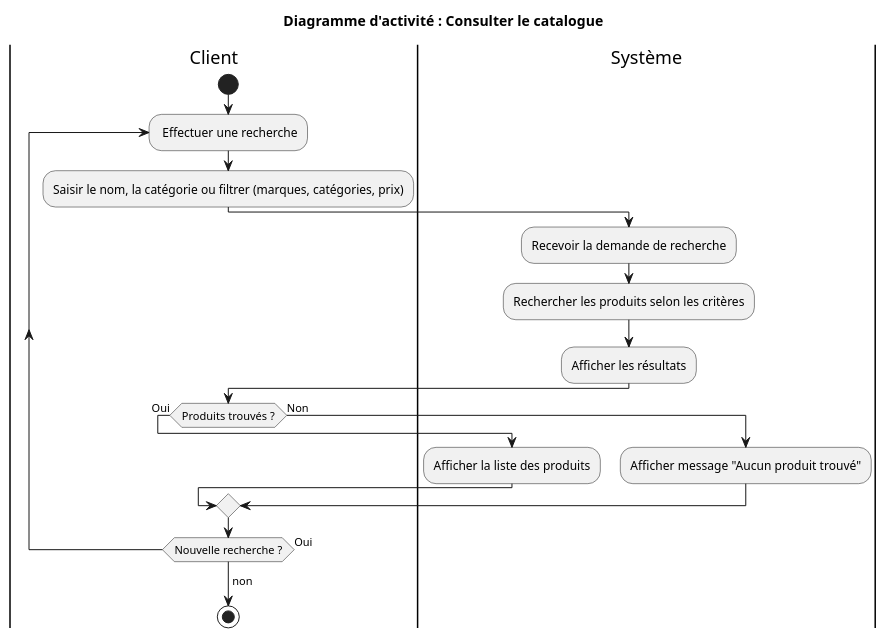
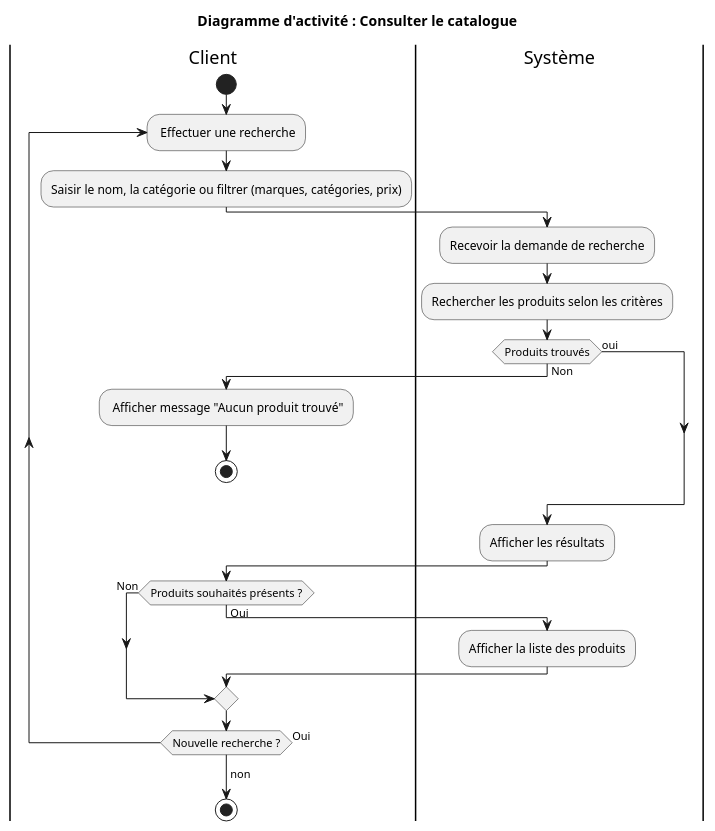
The diagram in R303-Analyse/DA_swimlanes/DA_consulter_catalogue.puml (SkatDoesArt/ScentMeIFYouCan), drawn with PlantUML before and after one commit. The commit also changed 1 other file, not shown here.

```diff
--- a/R303-Analyse/DA_swimlanes/DA_consulter_catalogue.puml
+++ b/R303-Analyse/DA_swimlanes/DA_consulter_catalogue.puml
@@ -1,32 +1,38 @@
 @startuml
 title Diagramme d'activité : Consulter le catalogue
 
 |Client|
 |Système|
 
 
 
 |Client|
 start
 repeat : Effectuer une recherche
     :Saisir le nom, la catégorie ou filtrer (marques, catégories, prix);
     |Système|
     :Recevoir la demande de recherche;
 
     :Rechercher les produits selon les critères;
     |Système|
+    if (Produits trouvés) then (Non)
+        |Client|
+        : Afficher message "Aucun produit trouvé";
+        stop
+    else (oui)
+    endif
+    |Système|
     :Afficher les résultats;
     |Client|
-    if (Produits trouvés ?) then (Oui)
+    if (Produits souhaités présents ?) then (Non)
+    else (Oui)
         |Système|
         :Afficher la liste des produits;
-    else (Non)
-        |Système|
-        :Afficher message "Aucun produit trouvé";
+        
     endif
 |Client|
 repeat while (Nouvelle recherche ?) is (Oui)
     -> non;
     |Client|
     stop
 @enduml
```
